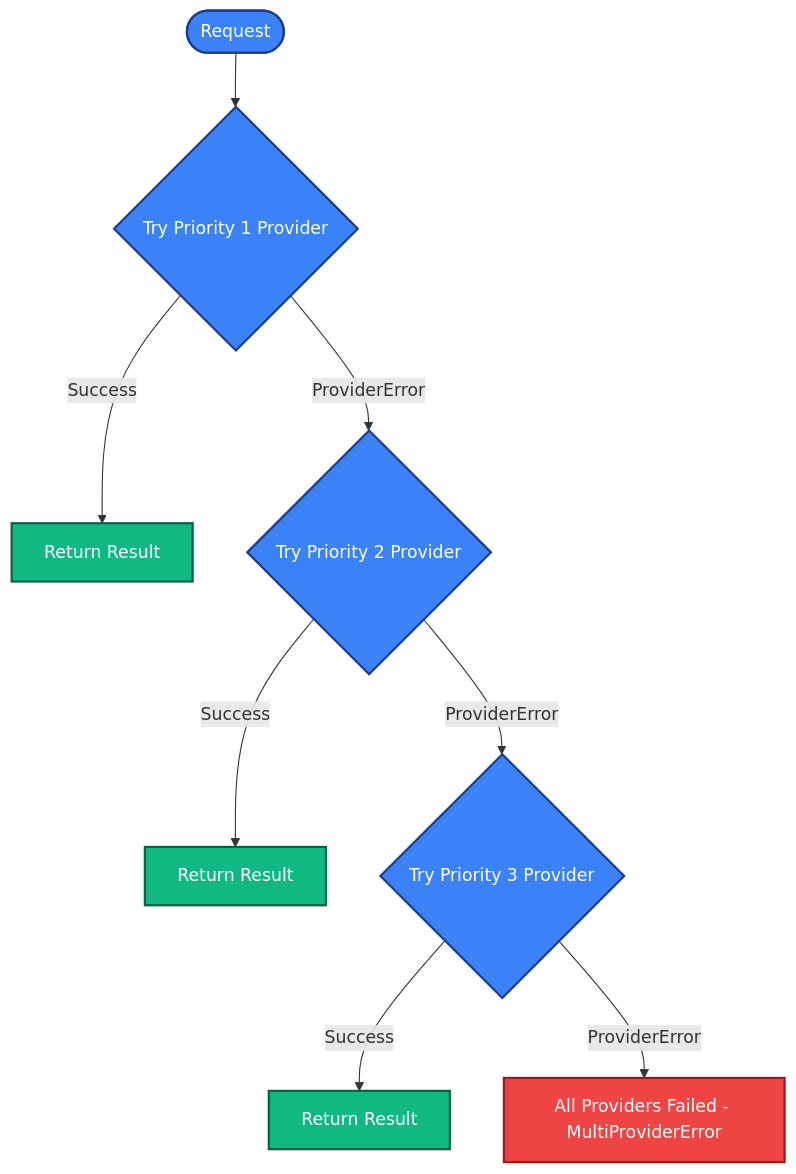
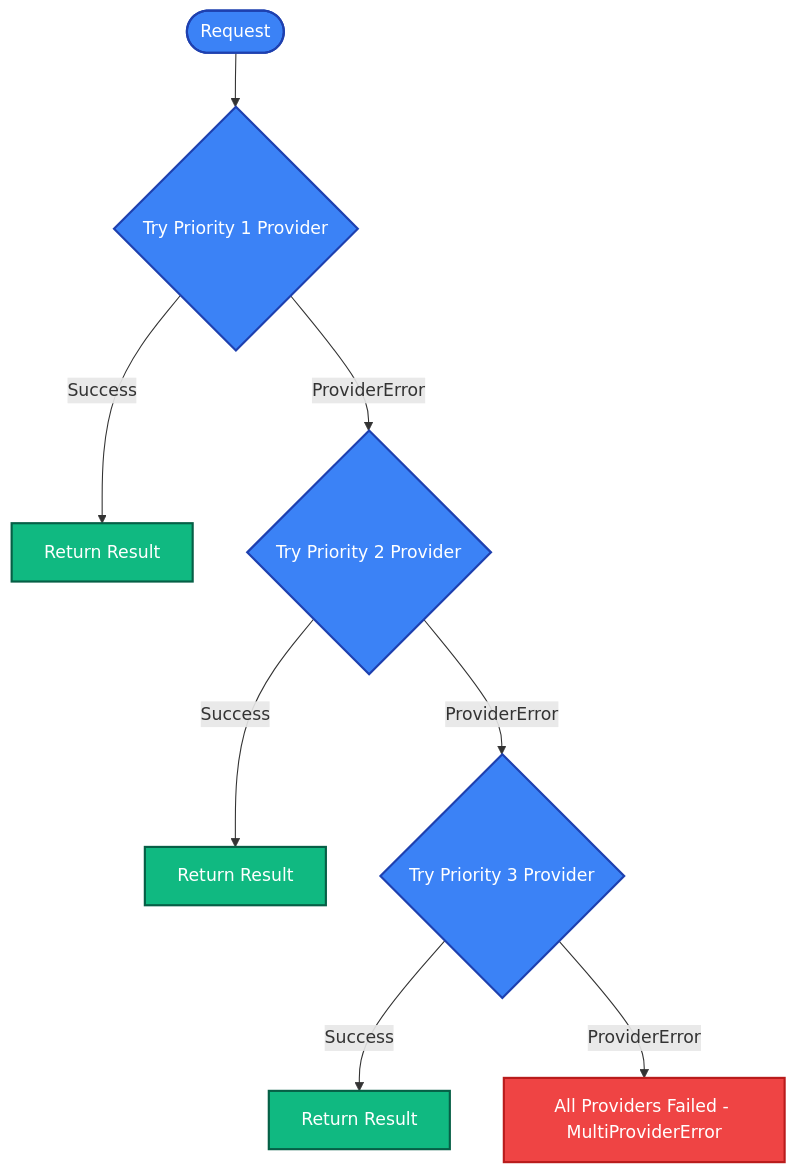
The third of 5 diagrams in .specs/provider-failover.md (IntersectMBO/evolution-sdk), drawn with Mermaid before and after one commit. The commit also changed other lines of this file and 3 other files, not shown here.

````diff
--- a/.specs/provider-failover.md
+++ b/.specs/provider-failover.md
@@ -76,18 +156,18 @@
 ```mermaid
 graph TD
     Start([Request]) --> P1{Try Priority 1 Provider}
     P1 -->|Success| Success1[Return Result]
     P1 -->|ProviderError| P2{Try Priority 2 Provider}
     P2 -->|Success| Success2[Return Result]
     P2 -->|ProviderError| P3{Try Priority 3 Provider}
     P3 -->|Success| Success3[Return Result]
     P3 -->|ProviderError| Error[All Providers Failed - MultiProviderError]
     
     classDef success fill:#10b981,stroke:#065f46,stroke-width:2px,color:#ffffff
-    classDef failure fill:#ef4444,stroke:#991b1b,stroke-width:2px,color:#ffffff
-    classDef process fill:#3b82f6,stroke:#1e3a8a,stroke-width:2px,color:#ffffff
+    classDef failure fill:#ef4444,stroke:#b91c1c,stroke-width:2px,color:#ffffff
+    classDef process fill:#3b82f6,stroke:#1e40af,stroke-width:2px,color:#ffffff
     
     class Success1,Success2,Success3 success
     class Error failure
     class Start,P1,P2,P3 process
 ```
````
